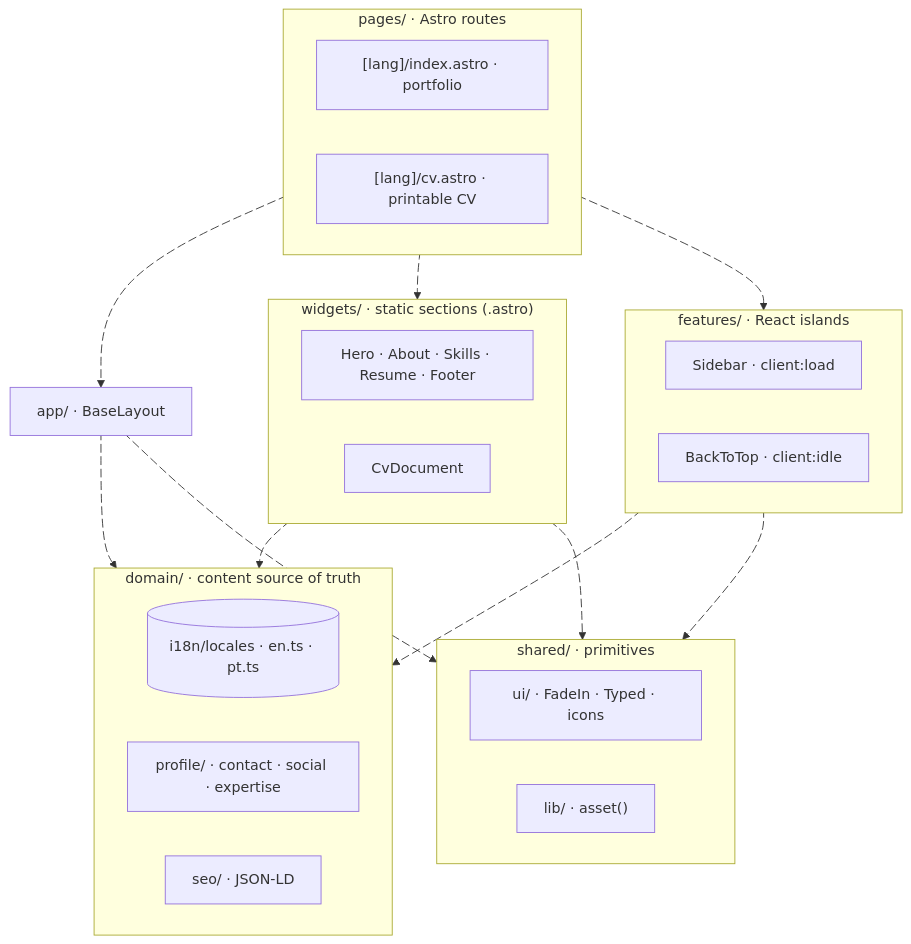
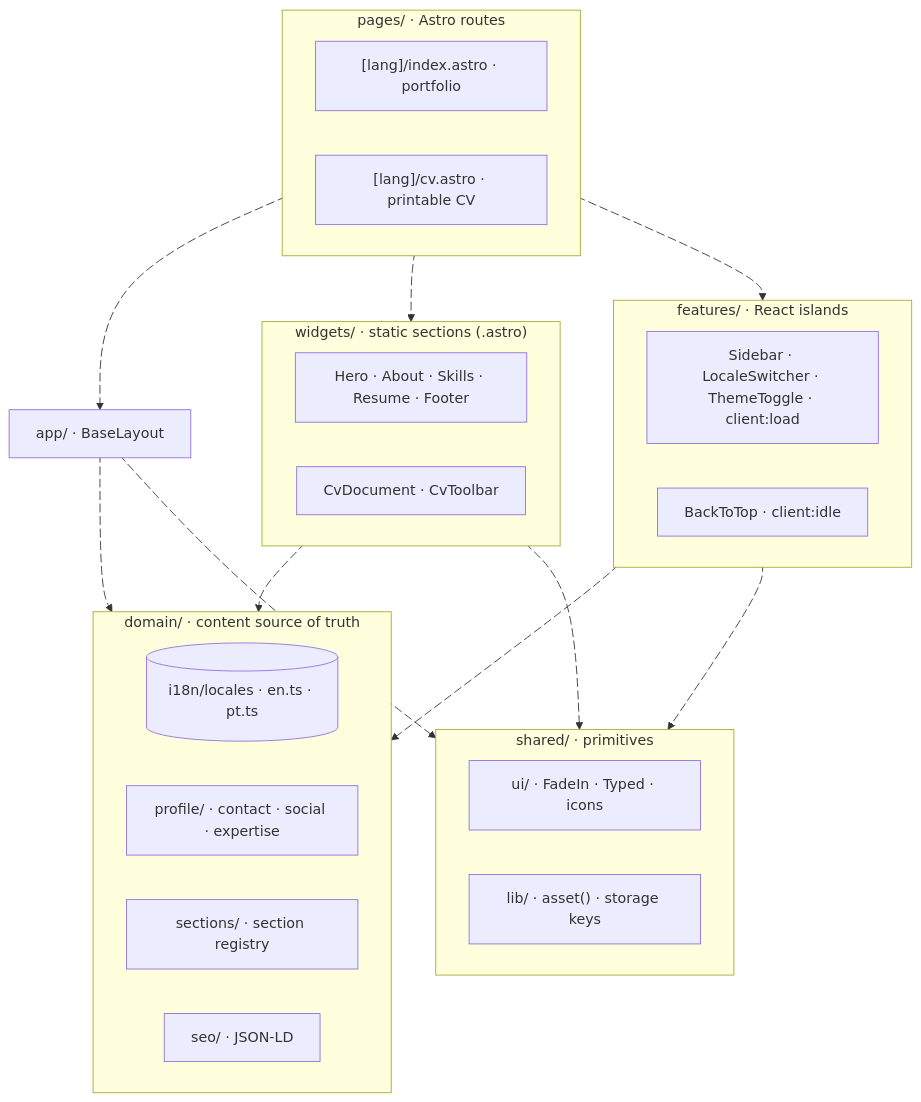
Before and after one commit to JohnsonMauro/johnson-portfolio: the diagram in README.md, drawn with Mermaid. The commit also changed other lines of this file and 10 other files, not shown here.

First line of the commit message:
docs(claude): document the section registry, palette, layer lint and type check

````diff
--- a/README.md
+++ b/README.md
@@ -53,55 +54,56 @@
 ```mermaid
 flowchart TB
   subgraph pages["pages/ · Astro routes"]
     direction LR
     portfolio["[lang]/index.astro · portfolio"]
     cv["[lang]/cv.astro · printable CV"]
   end
 
   app["app/ · BaseLayout"]
 
   subgraph widgets["widgets/ · static sections (.astro)"]
     direction LR
     sections["Hero · About · Skills · Resume · Footer"]
-    cvdoc["CvDocument"]
+    cvdoc["CvDocument · CvToolbar"]
   end
 
   subgraph features["features/ · React islands"]
     direction LR
-    sidebar["Sidebar · client:load"]
+    sidebar["Sidebar · LocaleSwitcher · ThemeToggle · client:load"]
     backtotop["BackToTop · client:idle"]
   end
 
   subgraph domain["domain/ · content source of truth"]
     direction LR
     locales[("i18n/locales · en.ts · pt.ts")]
     profile["profile/ · contact · social · expertise"]
+    sectionsreg["sections/ · section registry"]
     seo["seo/ · JSON-LD"]
   end
 
   subgraph shared["shared/ · primitives"]
     direction LR
     ui["ui/ · FadeIn · Typed · icons"]
-    lib["lib/ · asset()"]
+    lib["lib/ · asset() · storage keys"]
   end
 
   pages e1@--> app
   pages e2@--> widgets
   pages e3@--> features
   app e4@--> domain
   widgets e5@--> domain
   features e6@--> domain
   widgets e7@--> shared
   features e8@--> shared
   app e9@--> shared
 
   e1@{ animate: true }
   e2@{ animate: true }
   e3@{ animate: true }
   e4@{ animate: true }
   e5@{ animate: true }
   e6@{ animate: true }
   e7@{ animate: true }
   e8@{ animate: true }
   e9@{ animate: true }
 ```
````
